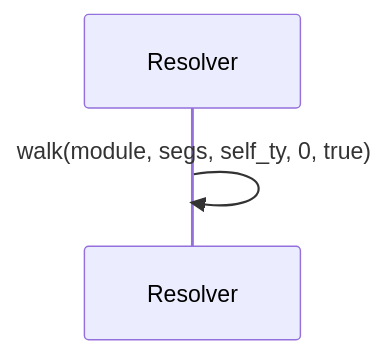
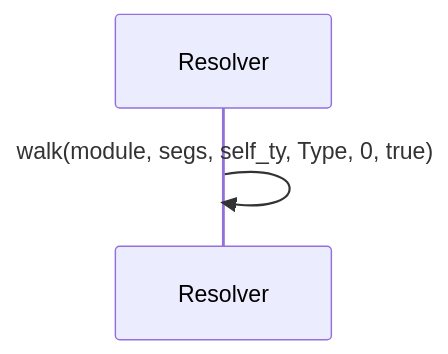
Before and after one commit to DreamLab-AI/codemaid: the tenth of 22 diagrams in docs/sealmap/crates/sealmap-rust/src/resolve.rs.md, drawn with Mermaid. The commit also changed other lines of this file and 45 other files, not shown here.

First line of the commit message:
docs: regenerate the self-corpus for sym: ids and schema v2

````diff
--- a/docs/sealmap/crates/sealmap-rust/src/resolve.rs.md
+++ b/docs/sealmap/crates/sealmap-rust/src/resolve.rs.md
@@ -305,5 +373,5 @@
 ```mermaid
 sequenceDiagram
-  participant sealmap_rust__resolve__Resolver as Resolver
-  sealmap_rust__resolve__Resolver->>sealmap_rust__resolve__Resolver: walk(module, segs, self_ty, 0, true)
+  participant sealmap_rust__resolve___tResolver as Resolver
+  sealmap_rust__resolve___tResolver->>sealmap_rust__resolve___tResolver: walk(module, segs, self_ty, Type, 0, true)
 ```
````
